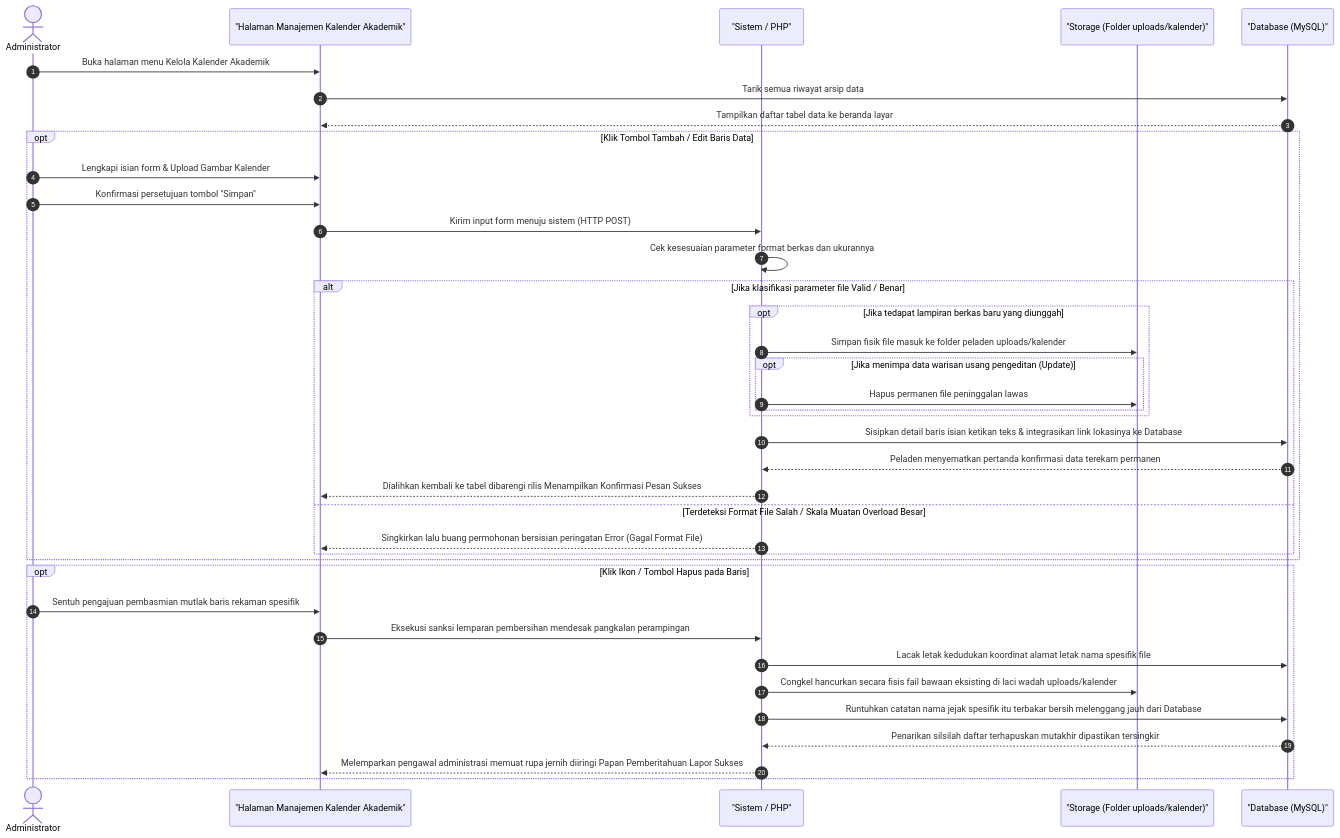
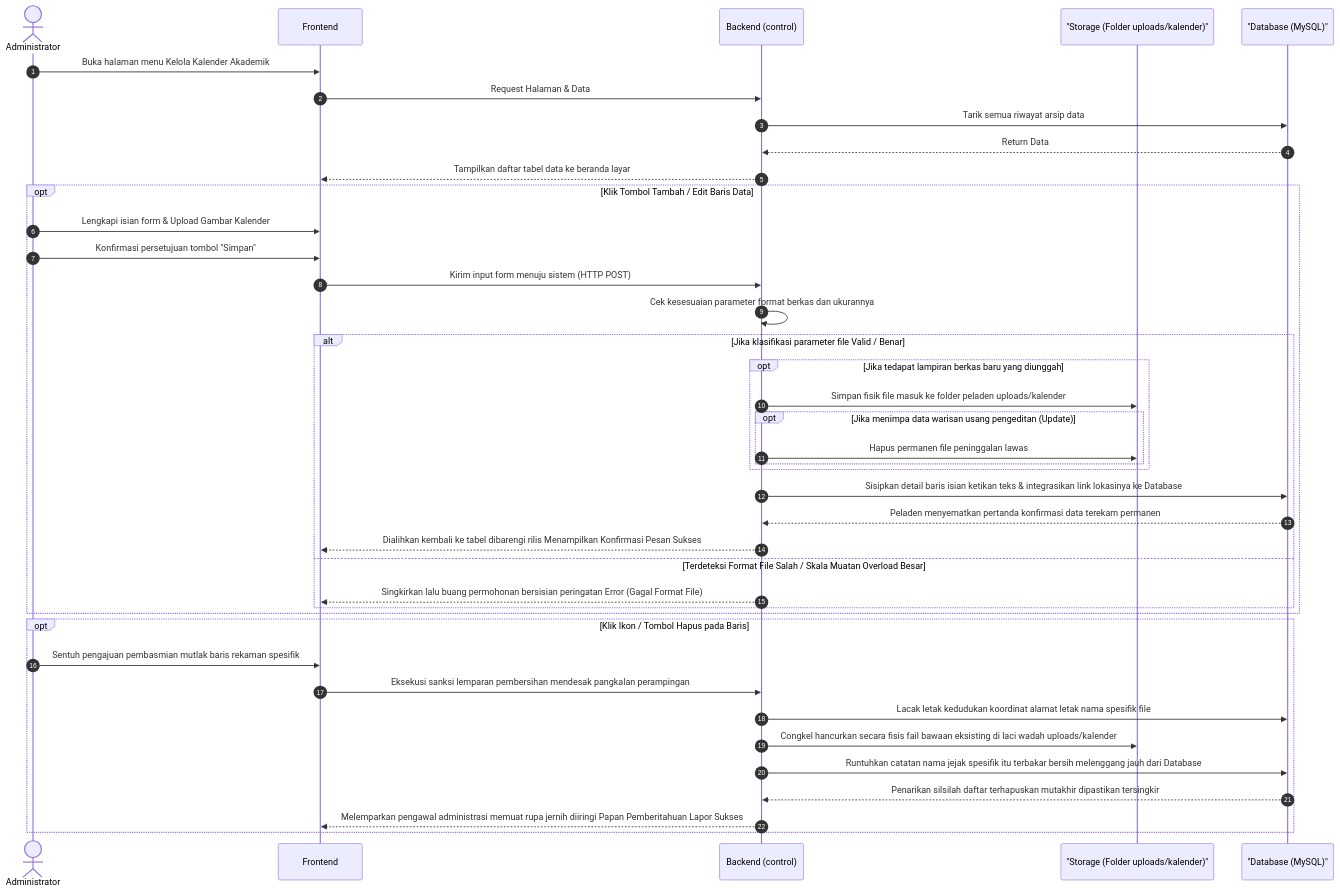
Before and after one commit to arbain-dev/Web_fikom: the seventh of 17 diagrams in docs/kumpulan_sequence_backend.md, drawn with Mermaid. The commit also changed other lines of this file and 1 other file, not shown here.

Commit message:
docs: standardisasi arsitektur 3 tier (Frontend, Backend, DB) pada seluruh sequence diagram backend

````diff
--- a/docs/kumpulan_sequence_backend.md
+++ b/docs/kumpulan_sequence_backend.md
@@ -280,48 +290,50 @@
 ```mermaid
 sequenceDiagram
     autonumber
     actor Admin as Administrator
-    participant View as "Halaman Manajemen Kalender Akademik"
-    participant System as "Sistem / PHP"
+    participant Frontend
+    participant Backend as Backend (control)
     participant Server as "Storage (Folder uploads/kalender)"
     participant DB as "Database (MySQL)"
 
-    Admin->>View: Buka halaman menu Kelola Kalender Akademik
-    View->>DB: Tarik semua riwayat arsip data
-    DB-->>View: Tampilkan daftar tabel data ke beranda layar
+    Admin->>Frontend: Buka halaman menu Kelola Kalender Akademik
+    Frontend->>Backend: Request Halaman & Data
+    Backend->>DB: Tarik semua riwayat arsip data
+    DB-->>Backend: Return Data
+    Backend-->>Frontend: Tampilkan daftar tabel data ke beranda layar
 
     %% Proses Tambah / Edit
     opt Klik Tombol Tambah / Edit Baris Data
-        Admin->>View: Lengkapi isian form & Upload Gambar Kalender
-        Admin->>View: Konfirmasi persetujuan tombol "Simpan"
-        View->>System: Kirim input form menuju sistem (HTTP POST)
+        Admin->>Frontend: Lengkapi isian form & Upload Gambar Kalender
+        Admin->>Frontend: Konfirmasi persetujuan tombol "Simpan"
+        Frontend->>Backend: Kirim input form menuju sistem (HTTP POST)
 
-        System->>System: Cek kesesuaian parameter format berkas dan ukurannya
+        Backend->>Backend: Cek kesesuaian parameter format berkas dan ukurannya
         
         alt Jika klasifikasi parameter file Valid / Benar
             opt Jika tedapat lampiran berkas baru yang diunggah
-                System->>Server: Simpan fisik file masuk ke folder peladen uploads/kalender
+                Backend->>Server: Simpan fisik file masuk ke folder peladen uploads/kalender
                 opt Jika menimpa data warisan usang pengeditan (Update)
-                    System->>Server: Hapus permanen file peninggalan lawas
+                    Backend->>Server: Hapus permanen file peninggalan lawas
                 end
             end
             
-            System->>DB: Sisipkan detail baris isian ketikan teks & integrasikan link lokasinya ke Database
-            DB-->>System: Peladen menyematkan pertanda konfirmasi data terekam permanen
-            System-->>View: Dialihkan kembali ke tabel dibarengi rilis Menampilkan Konfirmasi Pesan Sukses
+            Backend->>DB: Sisipkan detail baris isian ketikan teks & integrasikan link lokasinya ke Database
+            DB-->>Backend: Peladen menyematkan pertanda konfirmasi data terekam permanen
+            Backend-->>Frontend: Dialihkan kembali ke tabel dibarengi rilis Menampilkan Konfirmasi Pesan Sukses
         else Terdeteksi Format File Salah / Skala Muatan Overload Besar
-            System-->>View: Singkirkan lalu buang permohonan bersisian peringatan Error (Gagal Format File)
+            Backend-->>Frontend: Singkirkan lalu buang permohonan bersisian peringatan Error (Gagal Format File)
         end
     end
 
     %% Proses Hapus
     opt Klik Ikon / Tombol Hapus pada Baris
-        Admin->>View: Sentuh pengajuan pembasmian mutlak baris rekaman spesifik
-        View->>System: Eksekusi sanksi lemparan pembersihan mendesak pangkalan perampingan
-        System->>DB: Lacak letak kedudukan koordinat alamat letak nama spesifik file 
-        System->>Server: Congkel hancurkan secara fisis fail bawaan eksisting di laci wadah uploads/kalender
-        System->>DB: Runtuhkan catatan nama jejak spesifik itu terbakar bersih melenggang jauh dari Database
-        DB-->>System: Penarikan silsilah daftar terhapuskan mutakhir dipastikan tersingkir
-        System-->>View: Melemparkan pengawal administrasi memuat rupa jernih diiringi Papan Pemberitahuan Lapor Sukses 
+        Admin->>Frontend: Sentuh pengajuan pembasmian mutlak baris rekaman spesifik
+        Frontend->>Backend: Eksekusi sanksi lemparan pembersihan mendesak pangkalan perampingan
+        Backend->>DB: Lacak letak kedudukan koordinat alamat letak nama spesifik file 
+        Backend->>Server: Congkel hancurkan secara fisis fail bawaan eksisting di laci wadah uploads/kalender
+        Backend->>DB: Runtuhkan catatan nama jejak spesifik itu terbakar bersih melenggang jauh dari Database
+        DB-->>Backend: Penarikan silsilah daftar terhapuskan mutakhir dipastikan tersingkir
+        Backend-->>Frontend: Melemparkan pengawal administrasi memuat rupa jernih diiringi Papan Pemberitahuan Lapor Sukses 
     end
 ```
````
